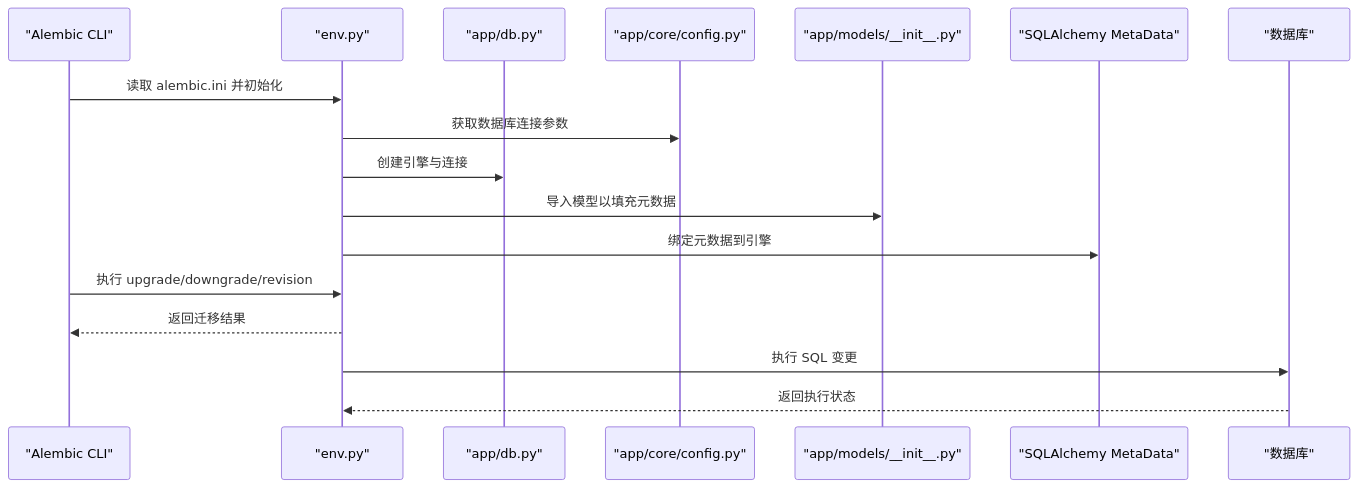
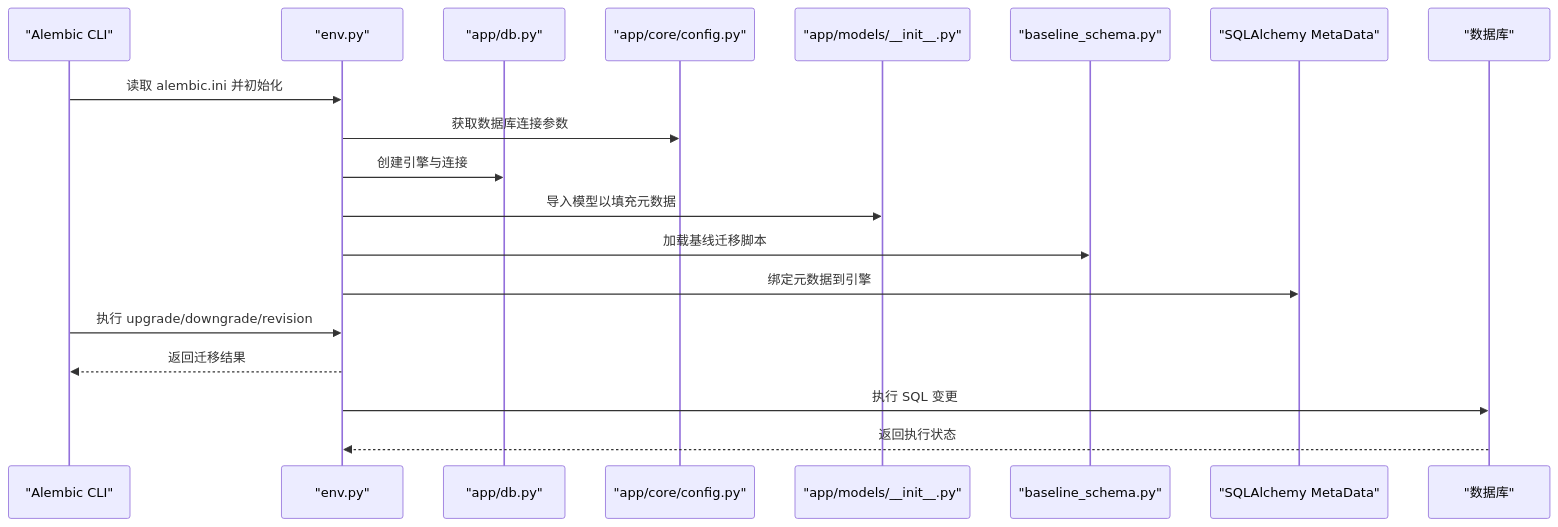
The second of 3 diagrams in .qoder/repowiki/zh/content/数据库设计/数据库迁移管理.md (vu1Art1st/talos), drawn with Mermaid before and after one commit. The commit also changed other lines of this file and 132 other files, not shown here.

````diff
--- a/.qoder/repowiki/zh/content/数据库设计/数据库迁移管理.md
+++ b/.qoder/repowiki/zh/content/数据库设计/数据库迁移管理.md
@@ -95,19 +113,21 @@
 ```mermaid
 sequenceDiagram
 participant CLI as "Alembic CLI"
 participant Env as "env.py"
 participant DB as "app/db.py"
 participant Conf as "app/core/config.py"
 participant Models as "app/models/__init__.py"
+participant Baseline as "baseline_schema.py"
 participant Meta as "SQLAlchemy MetaData"
 participant DBConn as "数据库"
 CLI->>Env : 读取 alembic.ini 并初始化
 Env->>Conf : 获取数据库连接参数
 Env->>DB : 创建引擎与连接
 Env->>Models : 导入模型以填充元数据
+Env->>Baseline : 加载基线迁移脚本
 Env->>Meta : 绑定元数据到引擎
 CLI->>Env : 执行 upgrade/downgrade/revision
 Env-->>CLI : 返回迁移结果
 Env->>DBConn : 执行 SQL 变更
 DBConn-->>Env : 返回执行状态
 ```
````
